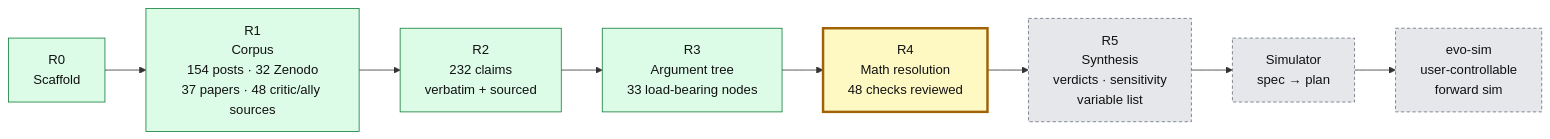
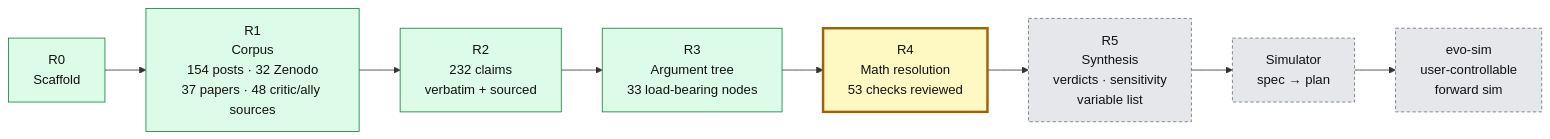
The second of 2 diagrams in README.md (nickallevato/evo-sim), drawn with Mermaid before and after one commit. The commit also changed 2 other files, not shown here.

Commit message:
Counts: 53 checks reviewed (47 + GAP-06, GAP-07t, A2e-alpha, L1, L6, L7)
Claude-Session: https://claude.ai/code/session_01Lb4zzf4D4KDescgKMBN6vQ

````diff
--- a/README.md
+++ b/README.md
@@ -229,14 +229,14 @@
 ```mermaid
 flowchart LR
   R0["R0<br/>Scaffold"]:::done --> R1["R1<br/>Corpus<br/>154 posts · 32 Zenodo<br/>37 papers · 48 critic/ally sources"]:::done
   R1 --> R2["R2<br/>232 claims<br/>verbatim + sourced"]:::done
   R2 --> R3["R3<br/>Argument tree<br/>33 load-bearing nodes"]:::done
-  R3 --> R4["R4<br/>Math resolution<br/>48 checks reviewed"]:::active
+  R3 --> R4["R4<br/>Math resolution<br/>53 checks reviewed"]:::active
   R4 --> R5["R5<br/>Synthesis<br/>verdicts · sensitivity<br/>variable list"]:::todo
   R5 --> S1["Simulator<br/>spec → plan"]:::todo
   S1 --> S2["evo-sim<br/>user-controllable<br/>forward sim"]:::todo
 
   classDef done fill:#dcfce7,stroke:#15803d,color:#111
   classDef active fill:#fef9c3,stroke:#a16207,stroke-width:3px,color:#111
   classDef todo fill:#e5e7eb,stroke:#6b7280,color:#111,stroke-dasharray:4 3
 ```
````
